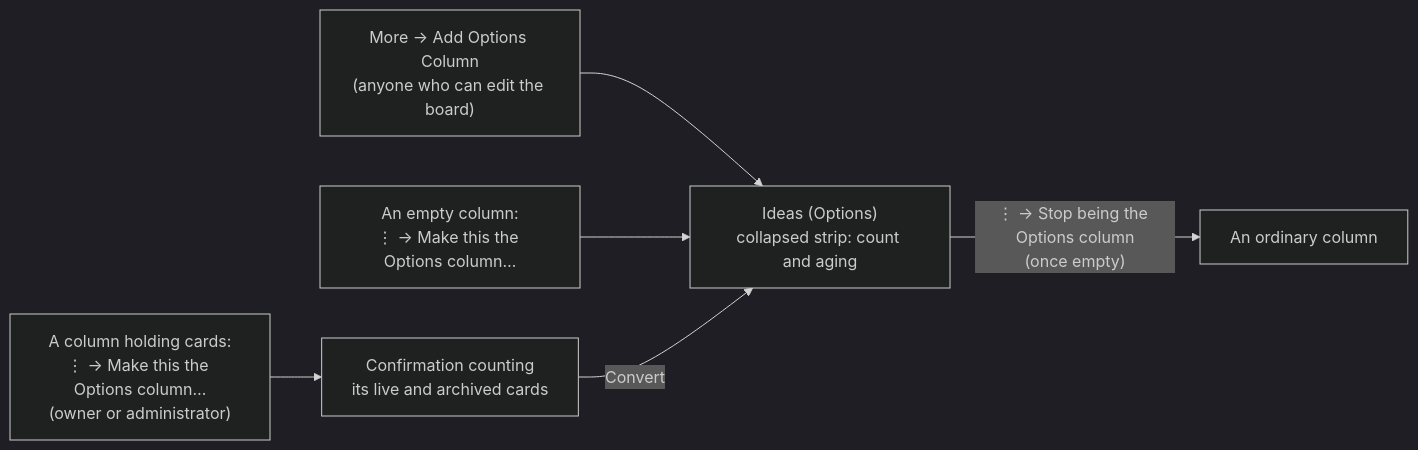
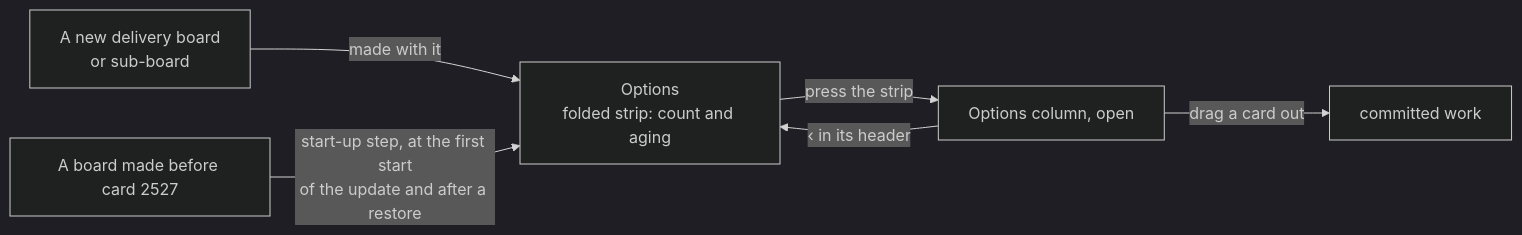
The ninth of 12 diagrams in docs/admin-guide.md (gitBoon/DumpFire), drawn with Mermaid (dark theme) before and after one commit. The commit also changed other lines of this file and 34 other files, not shown here.

````diff
--- a/docs/admin-guide.md
+++ b/docs/admin-guide.md
@@ -717,8 +718,8 @@
 ```mermaid
 flowchart LR
-    Add["More → Add Options Column<br/>(anyone who can edit the board)"] --> Strip["Ideas (Options)<br/>collapsed strip: count and aging"]
-    Empty["An empty column:<br/>⋮ → Make this the Options column…"] --> Strip
-    Full["A column holding cards:<br/>⋮ → Make this the Options column…<br/>(owner or administrator)"] --> Ask["Confirmation counting<br/>its live and archived cards"]
-    Ask -->|"Convert"| Strip
-    Strip -->|"⋮ → Stop being the Options column<br/>(once empty)"| Plain["An ordinary column"]
+    New["A new delivery board<br/>or sub-board"] -->|"made with it"| Strip["Options<br/>folded strip: count and aging"]
+    Old["A board made before card 2527"] -->|"start-up step, at the first start<br/>of the update and after a restore"| Strip
+    Strip -->|"press the strip"| Open["Options column, open"]
+    Open -->|"‹ in its header"| Strip
+    Open -->|"drag a card out"| Committed["committed work"]
 ```
````
